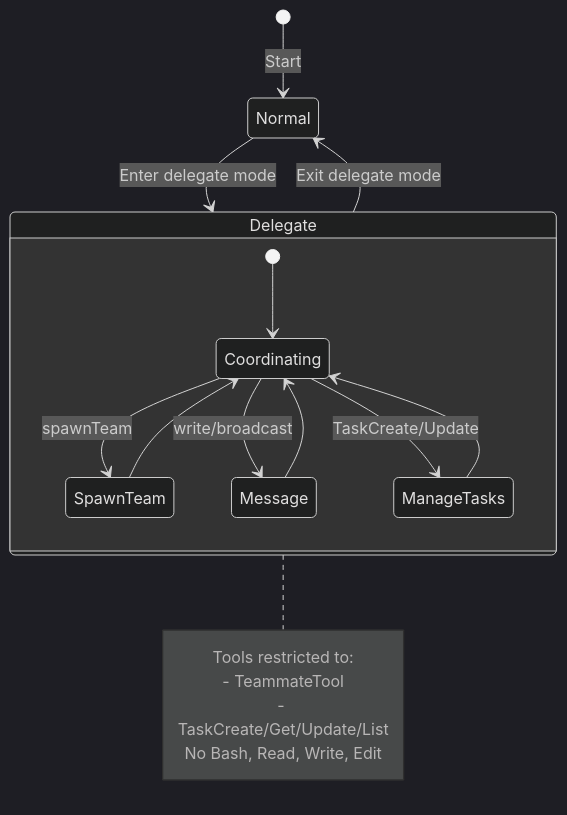
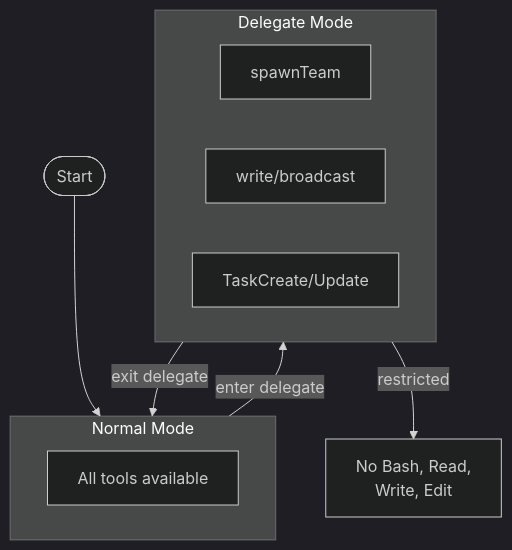
One commit to ChrisTowles/blog changed the second of 3 diagrams in packages/blog/content/2.blog/20260124.claude-code-hidden-multi-agent-system.md. Above: the diagram before and after it, drawn with Mermaid (dark theme). The commit also changed other lines of this file and 5 other files, not shown here.

First line of the commit message:
feat(blog): add mermaid diagram rendering with sky blue theme

````diff
--- a/packages/blog/content/2.blog/20260124.claude-code-hidden-multi-agent-system.md
+++ b/packages/blog/content/2.blog/20260124.claude-code-hidden-multi-agent-system.md
@@ -154,24 +149,20 @@
 ```mermaid
-stateDiagram-v2
-    [*] --> Normal: Start
-    Normal --> Delegate: Enter delegate mode
+flowchart TB
+    Start([Start]) --> Normal
 
-    state Delegate {
-        [*] --> Coordinating
-        Coordinating --> SpawnTeam: spawnTeam
-        Coordinating --> Message: write/broadcast
-        Coordinating --> ManageTasks: TaskCreate/Update
-        SpawnTeam --> Coordinating
-        Message --> Coordinating
-        ManageTasks --> Coordinating
-    }
+    subgraph Normal[Normal Mode]
+        All[All tools available]
+    end
 
-    Delegate --> Normal: Exit delegate mode
+    Normal -->|enter delegate| Delegate
 
-    note right of Delegate
-        Tools restricted to:
-        - TeammateTool
-        - TaskCreate/Get/Update/List
-        No Bash, Read, Write, Edit
-    end note
+    subgraph Delegate[Delegate Mode]
+        direction LR
+        Spawn[spawnTeam]
+        Msg[write/broadcast]
+        Task[TaskCreate/Update]
+    end
+
+    Delegate -->|exit delegate| Normal
+    Delegate -->|restricted| Note[No Bash, Read,<br/>Write, Edit]
 ```
````
